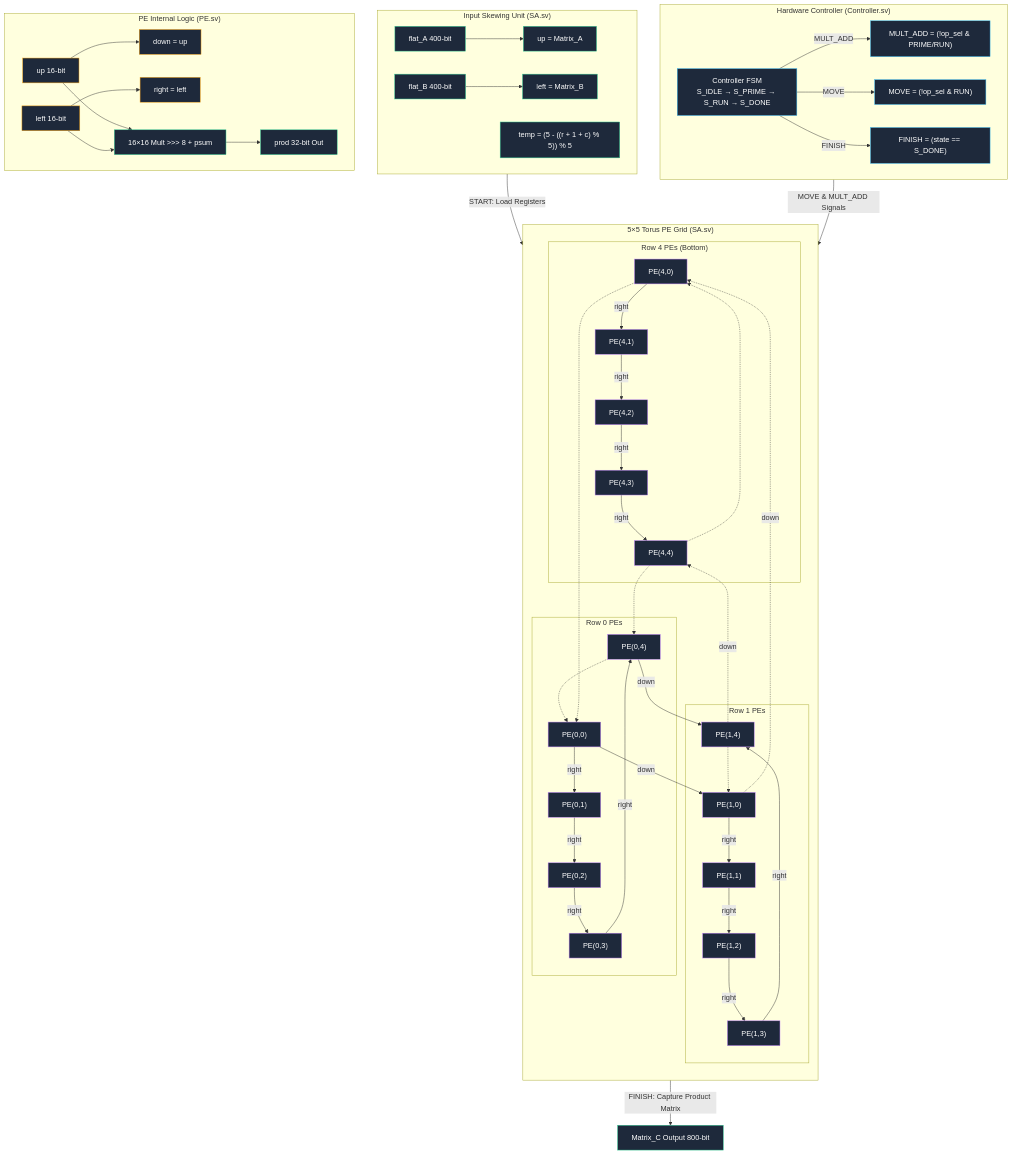
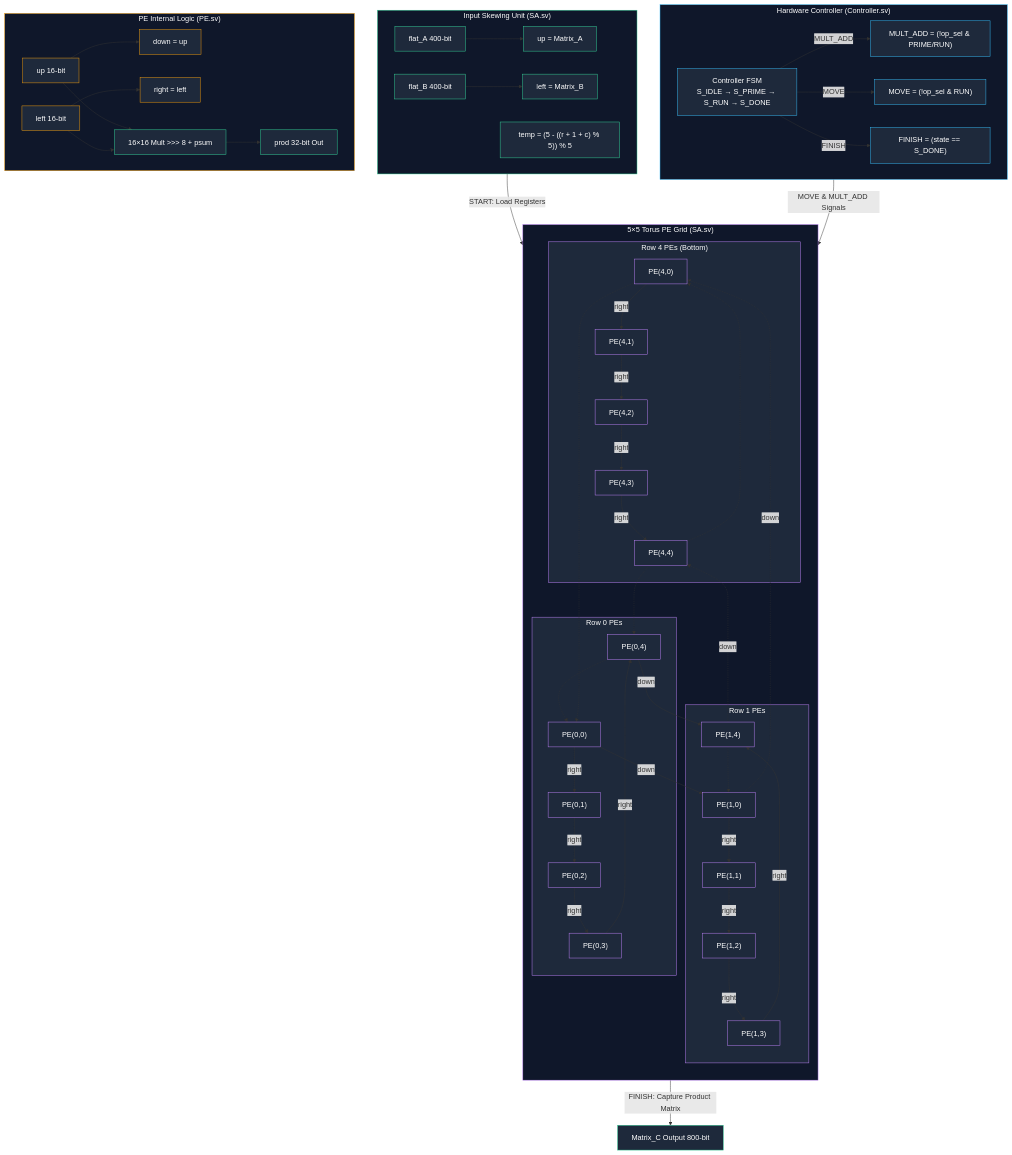
Before and after one commit to fatemekhasraji/FashionMnist_LeNet5: the second of 2 diagrams in README.md, drawn with Mermaid.

Commit message:
Fix subgraph background colors in Mermaid diagram

````diff
--- a/README.md
+++ b/README.md
@@ -132,4 +132,12 @@
     style PE_PROD fill:#1e293b,stroke:#34d399,color:#fff
 
     style MAT_C fill:#1e293b,stroke:#34d399,color:#fff
+
+    style Controller_FSM fill:#0f172a,stroke:#38bdf8,color:#fff
+    style Skew_Logic fill:#0f172a,stroke:#34d399,color:#fff
+    style Torus_Grid fill:#0f172a,stroke:#c084fc,color:#fff
+    style R0 fill:#1e293b,stroke:#c084fc,color:#fff
+    style R1 fill:#1e293b,stroke:#c084fc,color:#fff
+    style R4 fill:#1e293b,stroke:#c084fc,color:#fff
+    style PE_Module fill:#0f172a,stroke:#f59e0b,color:#fff
 ```
````
